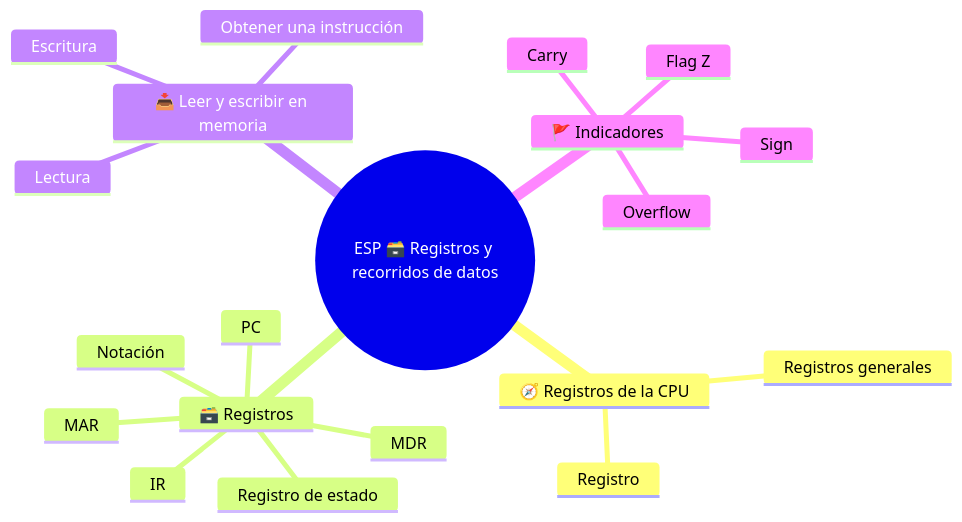
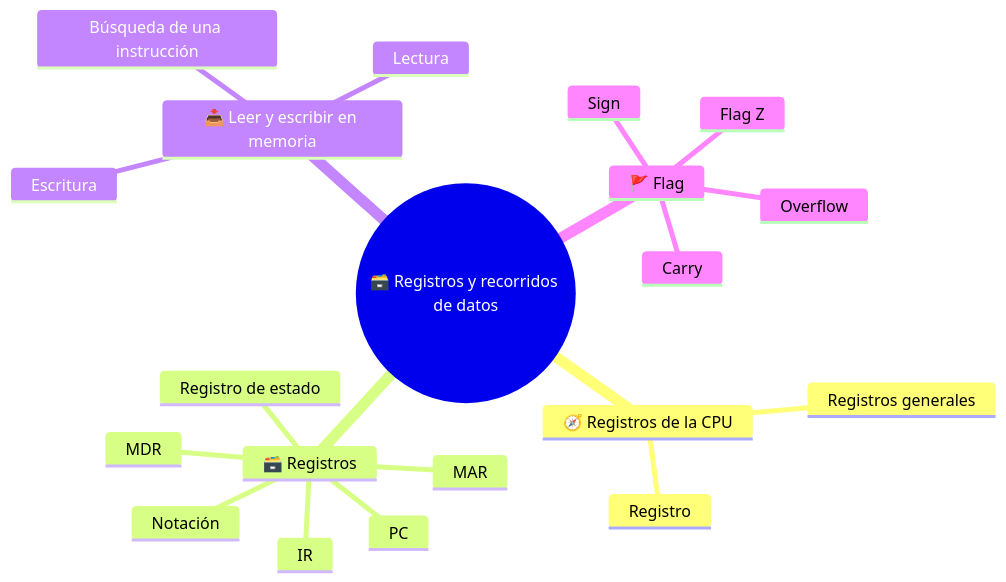
The diagram in 3EI - Sistemi e Reti/1 SETT-OTT (esp)/Allegati/esp-3ei-sett-ott-s3-registros-y-recorridos-de-datos-mappa-1.mmd (Neeqstock/dispense-caramuel), drawn with Mermaid before and after one commit. The commit also changed 26 other files, not shown here.

```diff
--- a/3EI - Sistemi e Reti/1 SETT-OTT (esp)/Allegati/esp-3ei-sett-ott-s3-registros-y-recorridos-de-datos-mappa-1.mmd
+++ b/3EI - Sistemi e Reti/1 SETT-OTT (esp)/Allegati/esp-3ei-sett-ott-s3-registros-y-recorridos-de-datos-mappa-1.mmd
@@ -1,25 +1,25 @@
 ---
 config:
   layout: tidy-tree
 ---
 mindmap
-  root((ESP 🗃️ Registros y recorridos de datos))
+  root((🗃️ Registros y recorridos de datos))
     🧭 Registros de la CPU
       Registro
       Registros generales
     🗃️ Registros
       PC
       IR
       MAR
       MDR
       Registro de estado
       Notación
     📥 Leer y escribir en memoria
       Lectura
       Escritura
-      Obtener una instrucción
-    🚩 Indicadores
+      Búsqueda de una instrucción
+    🚩 Flag
       Flag Z
       Carry
       Sign
       Overflow
```
